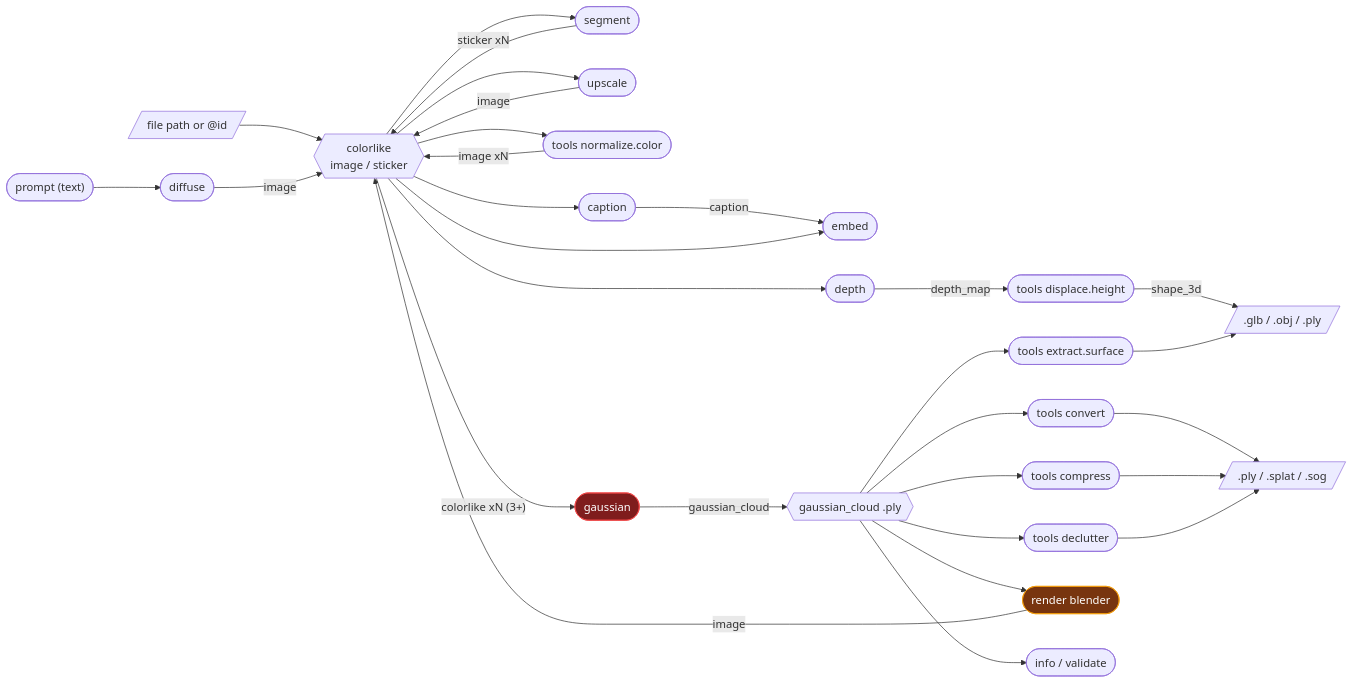
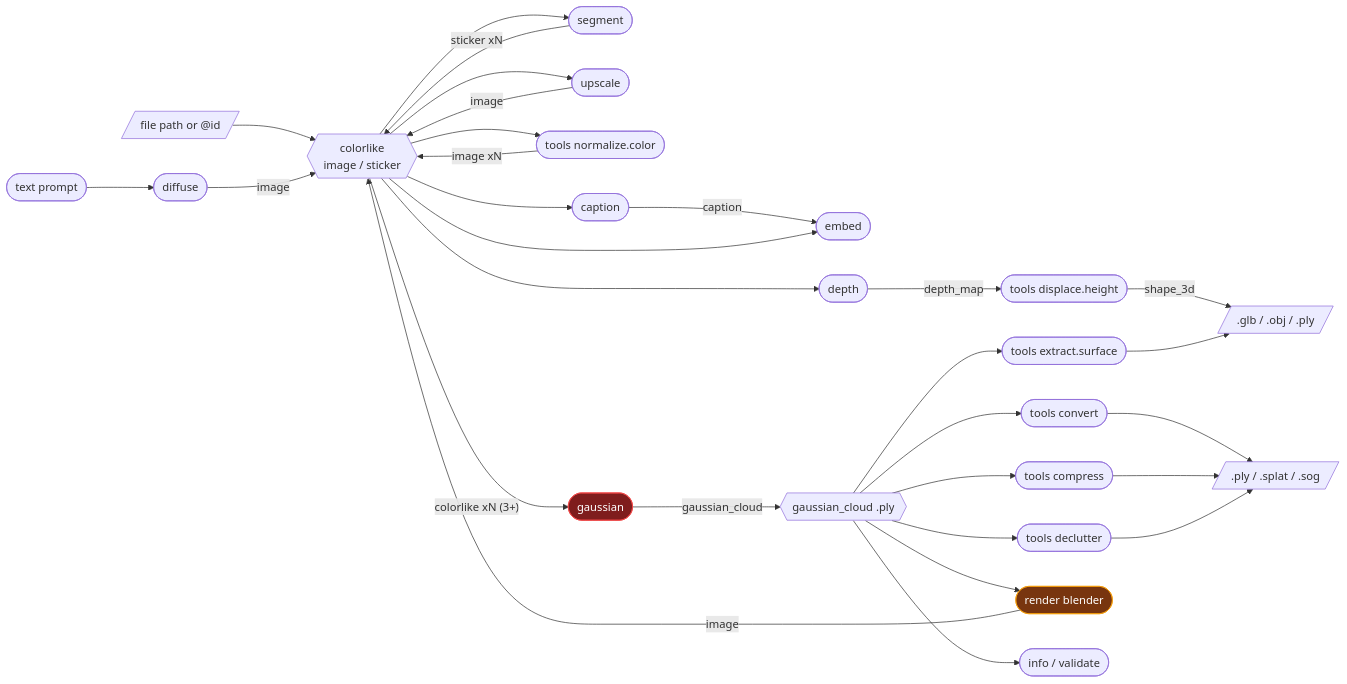
One commit to daanrongen/splat changed the fifth of 5 diagrams in docs/architecture.md. Above: the diagram before and after it, drawn with Mermaid.

Commit message:
docs: avoid nested parens in a mermaid node label

````diff
--- a/docs/architecture.md
+++ b/docs/architecture.md
@@ -178,24 +178,24 @@
 ```mermaid
 flowchart LR
-    P(["prompt (text)"]) --> diffuse([diffuse])
+    P(["text prompt"]) --> diffuse([diffuse])
     F[/"file path or @id"/] --> colorlike
 
     diffuse -->|image| colorlike{{"colorlike<br/>image / sticker"}}
     colorlike --> segment([segment]) -->|"sticker xN"| colorlike
     colorlike --> upscale([upscale]) -->|image| colorlike
     colorlike --> normalize([tools normalize.color]) -->|"image xN"| colorlike
     colorlike --> caption([caption]) -->|caption| embed([embed])
     colorlike --> embed
     colorlike --> depth([depth]) -->|depth_map| displace([tools displace.height]) -->|shape_3d| meshfile[/".glb / .obj / .ply"/]
     colorlike -->|"colorlike xN (3+)"| gaussian([gaussian]) -->|gaussian_cloud| GC{{"gaussian_cloud .ply"}}
 
     GC --> convert([tools convert]) --> fmt[/".ply / .splat / .sog"/]
     GC --> compress([tools compress]) --> fmt
     GC --> declutter([tools declutter]) --> fmt
     GC --> extract([tools extract.surface]) --> meshfile
     GC --> render([render blender]) -->|image| colorlike
     GC --> info([info / validate])
 
     style gaussian fill:#7f1d1d,stroke:#ef4444,color:#fff
     style render fill:#78350f,stroke:#f59e0b,color:#fff
 ```
````
